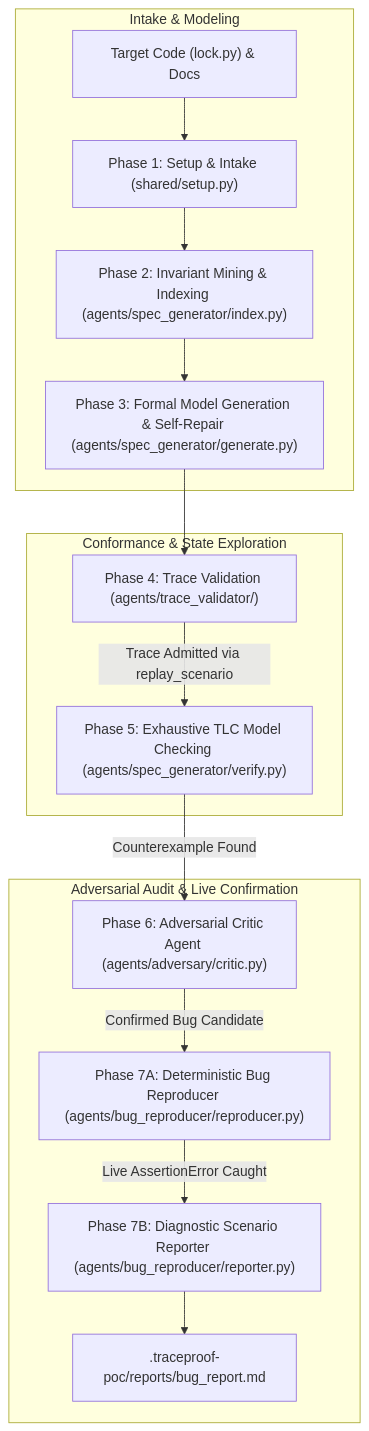
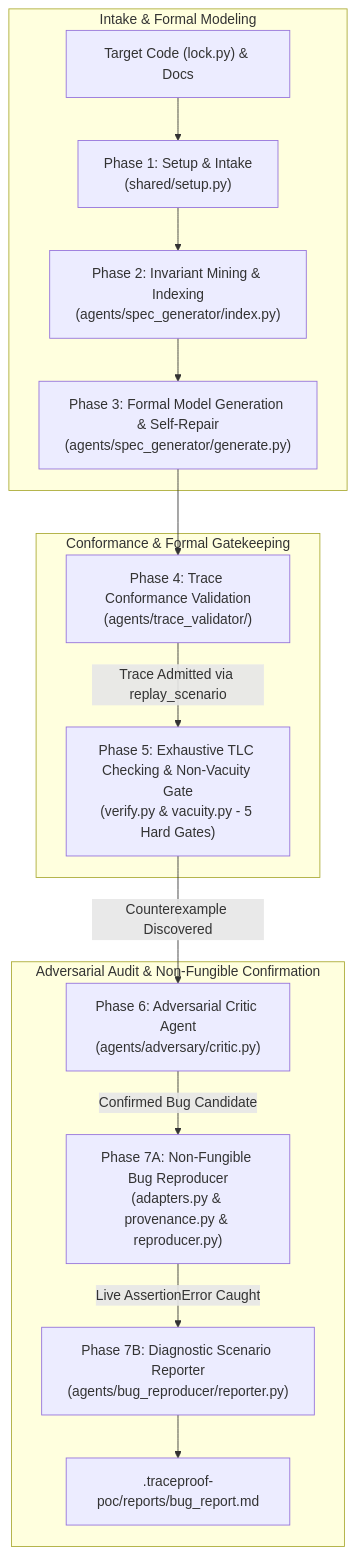
One commit to Trace-Proof-Org/PoC changed the first of 2 diagrams in README.md. Above: the diagram before and after it, drawn with Mermaid. The commit also changed other lines of this file and 1 other file, not shown here.

````diff
--- a/README.md
+++ b/README.md
@@ -26,20 +36,20 @@
 ```mermaid
 flowchart TD
-    subgraph Intake & Modeling
-        A["Target Code (lock.py) & Docs"] --> P1["Phase 1: Setup & Intake (shared/setup.py)"]
-        P1 --> P2["Phase 2: Invariant Mining & Indexing (agents/spec_generator/index.py)"]
-        P2 --> P3["Phase 3: Formal Model Generation & Self-Repair (agents/spec_generator/generate.py)"]
+    subgraph "Intake & Formal Modeling"
+        A["Target Code (lock.py) & Docs"] --> P1["Phase 1: Setup & Intake<br/>(shared/setup.py)"]
+        P1 --> P2["Phase 2: Invariant Mining & Indexing<br/>(agents/spec_generator/index.py)"]
+        P2 --> P3["Phase 3: Formal Model Generation & Self-Repair<br/>(agents/spec_generator/generate.py)"]
     end
 
-    subgraph Conformance & State Exploration
-        P3 --> P4["Phase 4: Trace Validation (agents/trace_validator/)"]
-        P4 -->|Trace Admitted via replay_scenario| P5["Phase 5: Exhaustive TLC Model Checking (agents/spec_generator/verify.py)"]
+    subgraph "Conformance & Formal Gatekeeping"
+        P3 --> P4["Phase 4: Trace Conformance Validation<br/>(agents/trace_validator/)"]
+        P4 -->|Trace Admitted via replay_scenario| P5["Phase 5: Exhaustive TLC Checking & Non-Vacuity Gate<br/>(verify.py & vacuity.py - 5 Hard Gates)"]
     end
 
-    subgraph Adversarial Audit & Live Confirmation
-        P5 -->|Counterexample Found| P6["Phase 6: Adversarial Critic Agent (agents/adversary/critic.py)"]
-        P6 -->|Confirmed Bug Candidate| P7A["Phase 7A: Deterministic Bug Reproducer (agents/bug_reproducer/reproducer.py)"]
-        P7A -->|Live AssertionError Caught| P7B["Phase 7B: Diagnostic Scenario Reporter (agents/bug_reproducer/reporter.py)"]
+    subgraph "Adversarial Audit & Non-Fungible Confirmation"
+        P5 -->|Counterexample Discovered| P6["Phase 6: Adversarial Critic Agent<br/>(agents/adversary/critic.py)"]
+        P6 -->|Confirmed Bug Candidate| P7A["Phase 7A: Non-Fungible Bug Reproducer<br/>(adapters.py & provenance.py & reproducer.py)"]
+        P7A -->|Live AssertionError Caught| P7B["Phase 7B: Diagnostic Scenario Reporter<br/>(agents/bug_reproducer/reporter.py)"]
         P7B --> OUT[".traceproof-poc/reports/bug_report.md"]
     end
 ```
````
